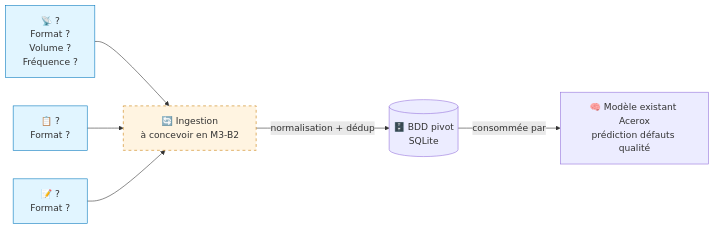
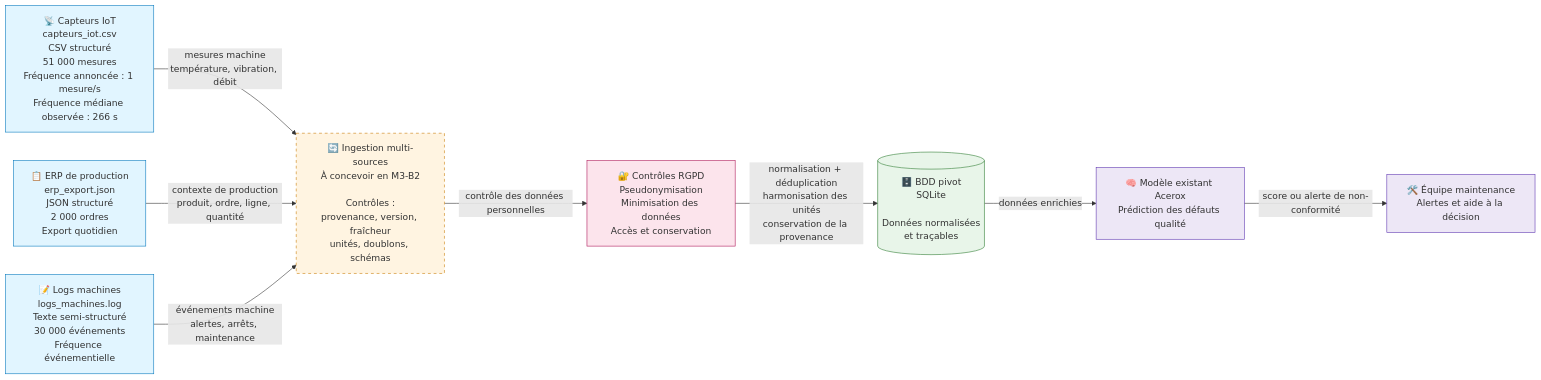
The diagram in flux_donnees.md (Nandodev-id/M3-B1-acerox-fernando), drawn with Mermaid before and after one commit. The commit also changed other lines of this file, not shown here.

Commit message:
docs(flows): add Acerox data flow diagram

````diff
--- a/flux_donnees.md
+++ b/flux_donnees.md
@@ -13,23 +7,40 @@
 ```mermaid
 flowchart LR
-    %% TODO — Compléter avec tes 3 sources retenues + 1 bonus si traité
+    IOT["📡 Capteurs IoT<br/>capteurs_iot.csv<br/>CSV structuré<br/>51 000 mesures<br/>Fréquence annoncée : 1 mesure/s<br/>Fréquence médiane observée : 266 s"]
 
-    SRC1[📡 ?<br/>Format ?<br/>Volume ?<br/>Fréquence ?]
-    SRC2[📋 ?<br/>Format ?]
-    SRC3[📝 ?<br/>Format ?]
+    ERP["📋 ERP de production<br/>erp_export.json<br/>JSON structuré<br/>2 000 ordres<br/>Export quotidien"]
 
-    INGEST[🔄 Ingestion<br/>à concevoir en M3-B2]
-    BDD[(🗄️ BDD pivot<br/>SQLite)]
-    MODEL[🧠 Modèle existant Acerox<br/>prédiction défauts qualité]
+    LOGS["📝 Logs machines<br/>logs_machines.log<br/>Texte semi-structuré<br/>30 000 événements<br/>Fréquence événementielle"]
 
-    SRC1 --> INGEST
-    SRC2 --> INGEST
-    SRC3 --> INGEST
-    INGEST -->|normalisation + dédup| BDD
-    BDD -->|consommée par| MODEL
+    INGEST["🔄 Ingestion multi-sources<br/>À concevoir en M3-B2<br/><br/>Contrôles :<br/>provenance, version, fraîcheur<br/>unités, doublons, schémas"]
 
-    classDef source fill:#e1f5ff,stroke:#0277bd
-    classDef tofix fill:#fff4e1,stroke:#c97a00,stroke-dasharray: 5 5
-    class SRC1,SRC2,SRC3 source
+    PRIVACY["🔐 Contrôles RGPD<br/>Pseudonymisation<br/>Minimisation des données<br/>Accès et conservation"]
+
+    BDD[("🗄️ BDD pivot<br/>SQLite<br/><br/>Données normalisées<br/>et traçables")]
+
+    MODEL["🧠 Modèle existant Acerox<br/>Prédiction des défauts qualité"]
+
+    MAINT["🛠️ Équipe maintenance<br/>Alertes et aide à la décision"]
+
+    IOT -->|"mesures machine<br/>température, vibration, débit"| INGEST
+    ERP -->|"contexte de production<br/>produit, ordre, ligne, quantité"| INGEST
+    LOGS -->|"événements machine<br/>alertes, arrêts, maintenance"| INGEST
+
+    INGEST -->|"contrôle des données personnelles"| PRIVACY
+    PRIVACY -->|"normalisation + déduplication<br/>harmonisation des unités<br/>conservation de la provenance"| BDD
+
+    BDD -->|"données enrichies"| MODEL
+    MODEL -->|"score ou alerte de non-conformité"| MAINT
+
+    classDef source fill:#e1f5ff,stroke:#0277bd,stroke-width:1px
+    classDef tofix fill:#fff4e1,stroke:#c97a00,stroke-width:1px,stroke-dasharray:5 5
+    classDef security fill:#fce4ec,stroke:#ad1457,stroke-width:1px
+    classDef storage fill:#e8f5e9,stroke:#2e7d32,stroke-width:1px
+    classDef consumer fill:#ede7f6,stroke:#5e35b1,stroke-width:1px
+
+    class IOT,ERP,LOGS source
     class INGEST tofix
+    class PRIVACY security
+    class BDD storage
+    class MODEL,MAINT consumer
 ```
````
